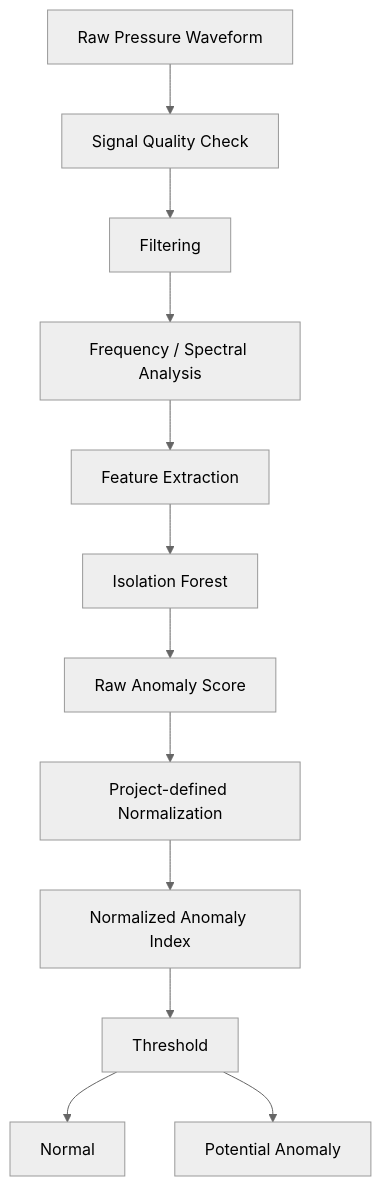
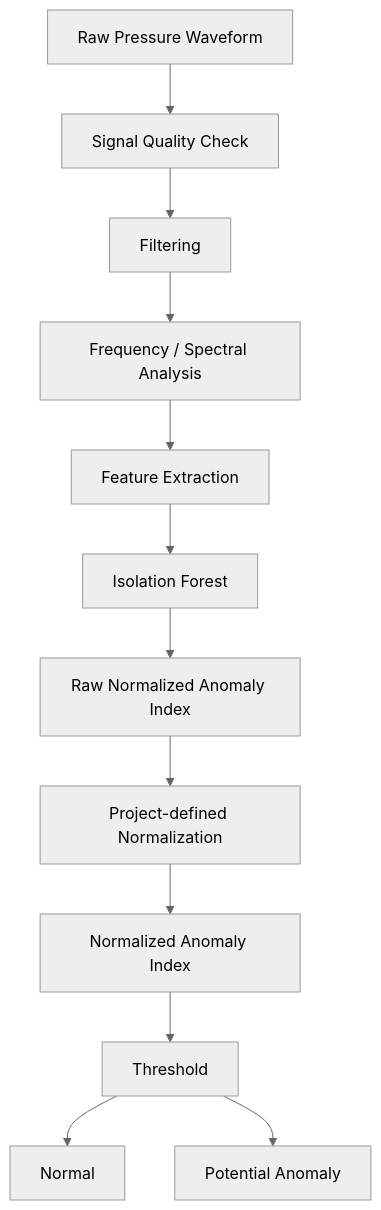
Before and after one commit to akhilsoigama/infra_socket: the third of 3 diagrams in 02-system-architecture/architecture.md, drawn with Mermaid (neutral theme). The commit also changed other lines of this file and 43 other files, not shown here.

````diff
--- a/02-system-architecture/architecture.md
+++ b/02-system-architecture/architecture.md
@@ -218,27 +218,27 @@
 ```mermaid
 flowchart TD
     A[Raw Pressure Waveform]
     B[Signal Quality Check]
     C[Filtering]
     D[Frequency / Spectral Analysis]
     E[Feature Extraction]
     F[Isolation Forest]
-    G[Raw Anomaly Score]
+    G[Raw Normalized Anomaly Index]
     H[Project-defined Normalization]
     I[Normalized Anomaly Index]
     J[Threshold]
     K[Normal]
     L[Potential Anomaly]
 
     A --> B
     B --> C
     C --> D
     D --> E
     E --> F
     F --> G
     G --> H
     H --> I
     I --> J
     J --> K
     J --> L
 ```
````
